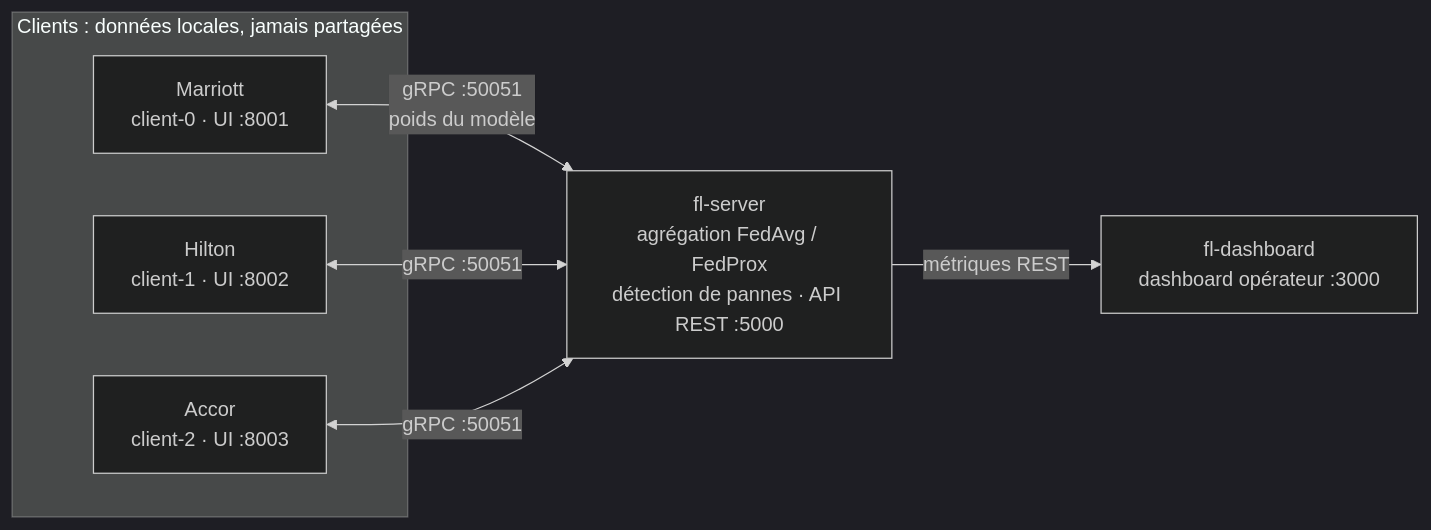
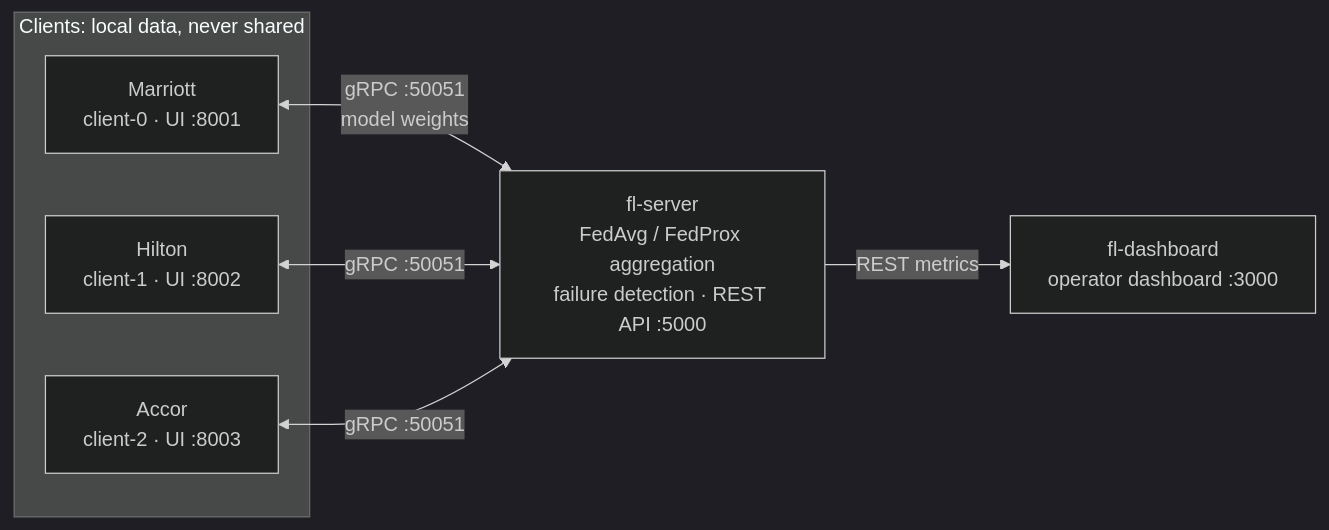
The diagram in README.md (Wiameelhernoussi/federated-learning-hotel), drawn with Mermaid (dark theme) before and after one commit. The commit also changed other lines of this file, not shown here.

````diff
--- a/README.md
+++ b/README.md
@@ -26,15 +26,15 @@
 ```mermaid
 flowchart LR
-    subgraph clients["Clients : données locales, jamais partagées"]
+    subgraph clients["Clients: local data, never shared"]
         C0["Marriott<br/>client-0 · UI :8001"]
         C1["Hilton<br/>client-1 · UI :8002"]
         C2["Accor<br/>client-2 · UI :8003"]
     end
-    S["fl-server<br/>agrégation FedAvg / FedProx<br/>détection de pannes · API REST :5000"]
-    D["fl-dashboard<br/>dashboard opérateur :3000"]
+    S["fl-server<br/>FedAvg / FedProx aggregation<br/>failure detection · REST API :5000"]
+    D["fl-dashboard<br/>operator dashboard :3000"]
 
-    C0 <-->|"gRPC :50051<br/>poids du modèle"| S
+    C0 <-->|"gRPC :50051<br/>model weights"| S
     C1 <-->|gRPC :50051| S
     C2 <-->|gRPC :50051| S
-    S -->|"métriques REST"| D
+    S -->|"REST metrics"| D
 ```
````
